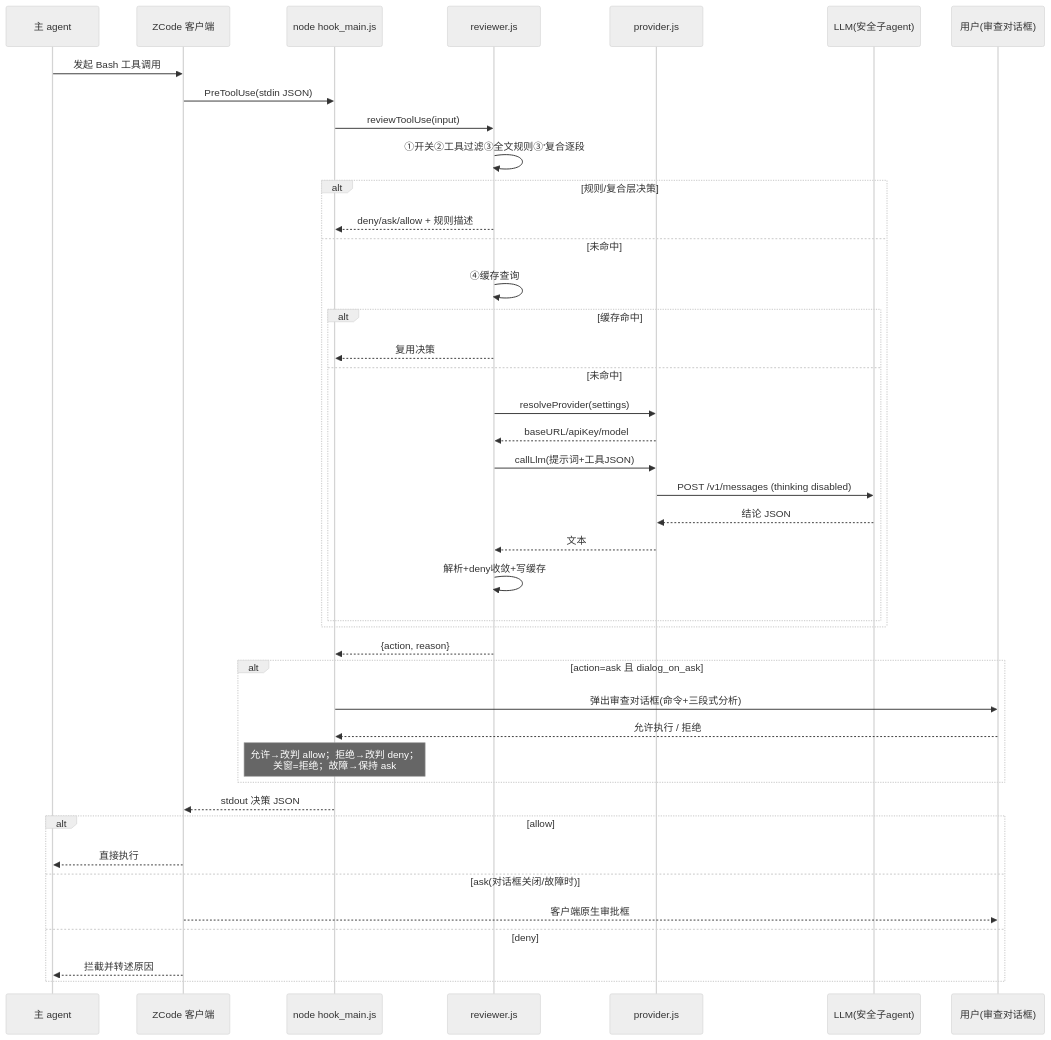
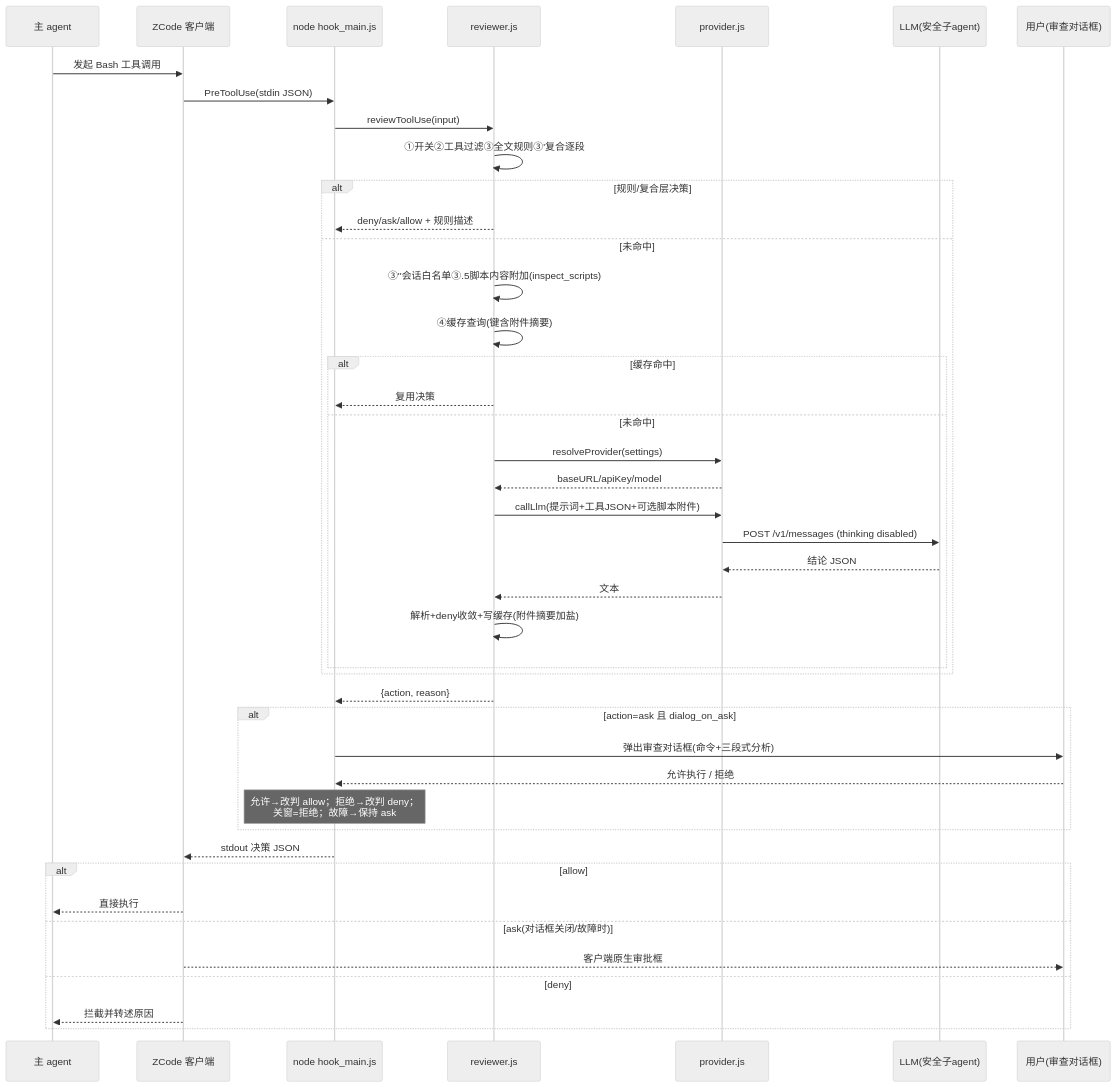
One commit to zrny1/Auto-Review-For-Zcode changed the first of 3 diagrams in docs/project_wiki/02_开发文档/模块运行流程图.md. Above: the diagram before and after it, drawn with Mermaid (neutral theme). The commit also changed other lines of this file and 16 other files, not shown here.

````diff
--- a/docs/project_wiki/02_开发文档/模块运行流程图.md
+++ b/docs/project_wiki/02_开发文档/模块运行流程图.md
@@ -5,45 +5,46 @@
 ```mermaid
 sequenceDiagram
     participant M as 主 agent
     participant Z as ZCode 客户端
     participant H as node hook_main.js
     participant R as reviewer.js
     participant P as provider.js
     participant L as LLM(安全子agent)
     participant U as 用户(审查对话框)
 
     M->>Z: 发起 Bash 工具调用
     Z->>H: PreToolUse(stdin JSON)
     H->>R: reviewToolUse(input)
     R->>R: ①开关②工具过滤③全文规则③'复合逐段
     alt 规则/复合层决策
         R-->>H: deny/ask/allow + 规则描述
     else 未命中
-        R->>R: ④缓存查询
+        R->>R: ③''会话白名单③.5脚本内容附加(inspect_scripts)
+        R->>R: ④缓存查询(键含附件摘要)
         alt 缓存命中
             R-->>H: 复用决策
         else 未命中
             R->>P: resolveProvider(settings)
             P-->>R: baseURL/apiKey/model
-            R->>P: callLlm(提示词+工具JSON)
+            R->>P: callLlm(提示词+工具JSON+可选脚本附件)
             P->>L: POST /v1/messages (thinking disabled)
             L-->>P: 结论 JSON
             P-->>R: 文本
-            R->>R: 解析+deny收敛+写缓存
+            R->>R: 解析+deny收敛+写缓存(附件摘要加盐)
         end
     end
     R-->>H: {action, reason}
     alt action=ask 且 dialog_on_ask
         H->>U: 弹出审查对话框(命令+三段式分析)
         U-->>H: 允许执行 / 拒绝
         Note over H: 允许→改判 allow；拒绝→改判 deny；<br/>关窗=拒绝；故障→保持 ask
     end
     H-->>Z: stdout 决策 JSON
     alt allow
         Z-->>M: 直接执行
     else ask(对话框关闭/故障时)
         Z-->>U: 客户端原生审批框
     else deny
         Z-->>M: 拦截并转述原因
     end
 ```
````
